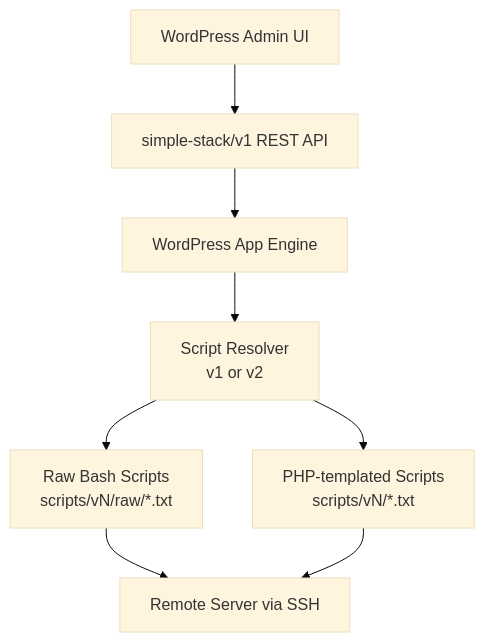
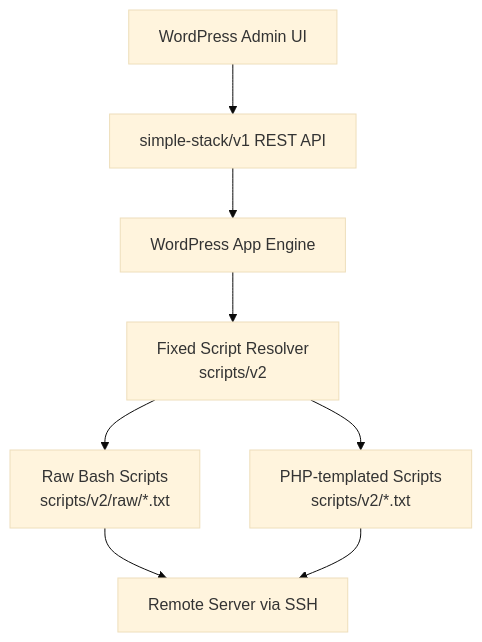
One commit to onedogsolutions/simple-stack changed the first of 7 diagrams in .qoder/repowiki/en/content/WordPress Application Engine/Customization & Extension Points/Provisioning Scripts & Deployment Workflows.md. Above: the diagram before and after it, drawn with Mermaid (base theme). The commit also changed other lines of this file and 5941 other files, not shown here.

````diff
--- a/.qoder/repowiki/en/content/WordPress Application Engine/Customization & Extension Points/Provisioning Scripts & Deployment Workflows.md
+++ b/.qoder/repowiki/en/content/WordPress Application Engine/Customization & Extension Points/Provisioning Scripts & Deployment Workflows.md
@@ -49,10 +49,10 @@
 ```mermaid
 graph TB
 Admin["WordPress Admin UI"] --> REST["simple-stack/v1 REST API"]
 REST --> AppEngine["WordPress App Engine"]
-AppEngine --> ScriptResolver["Script Resolver<br/>v1 or v2"]
-ScriptResolver --> RawScripts["Raw Bash Scripts<br/>scripts/vN/raw/*.txt"]
-ScriptResolver --> TemplateScripts["PHP-templated Scripts<br/>scripts/vN/*.txt"]
+AppEngine --> ScriptResolver["Fixed Script Resolver<br/>scripts/v2"]
+ScriptResolver --> RawScripts["Raw Bash Scripts<br/>scripts/v2/raw/*.txt"]
+ScriptResolver --> TemplateScripts["PHP-templated Scripts<br/>scripts/v2/*.txt"]
 RawScripts --> Server["Remote Server via SSH"]
 TemplateScripts --> Server
 ```
````
